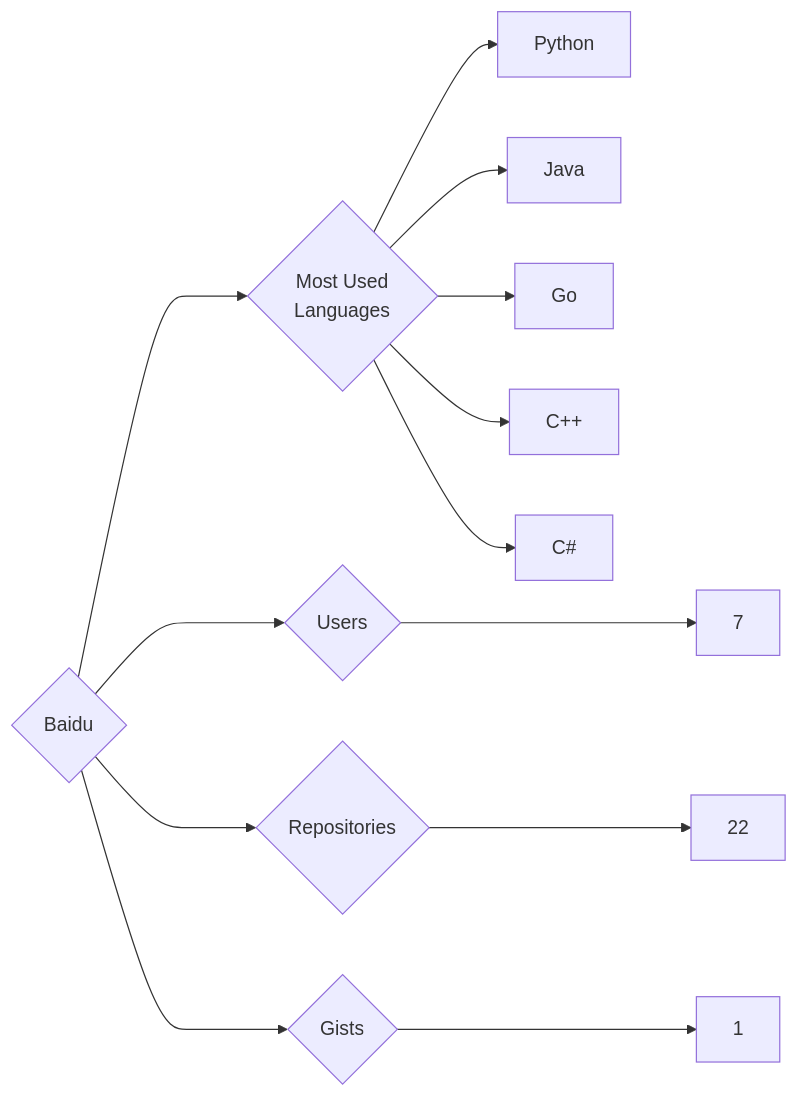
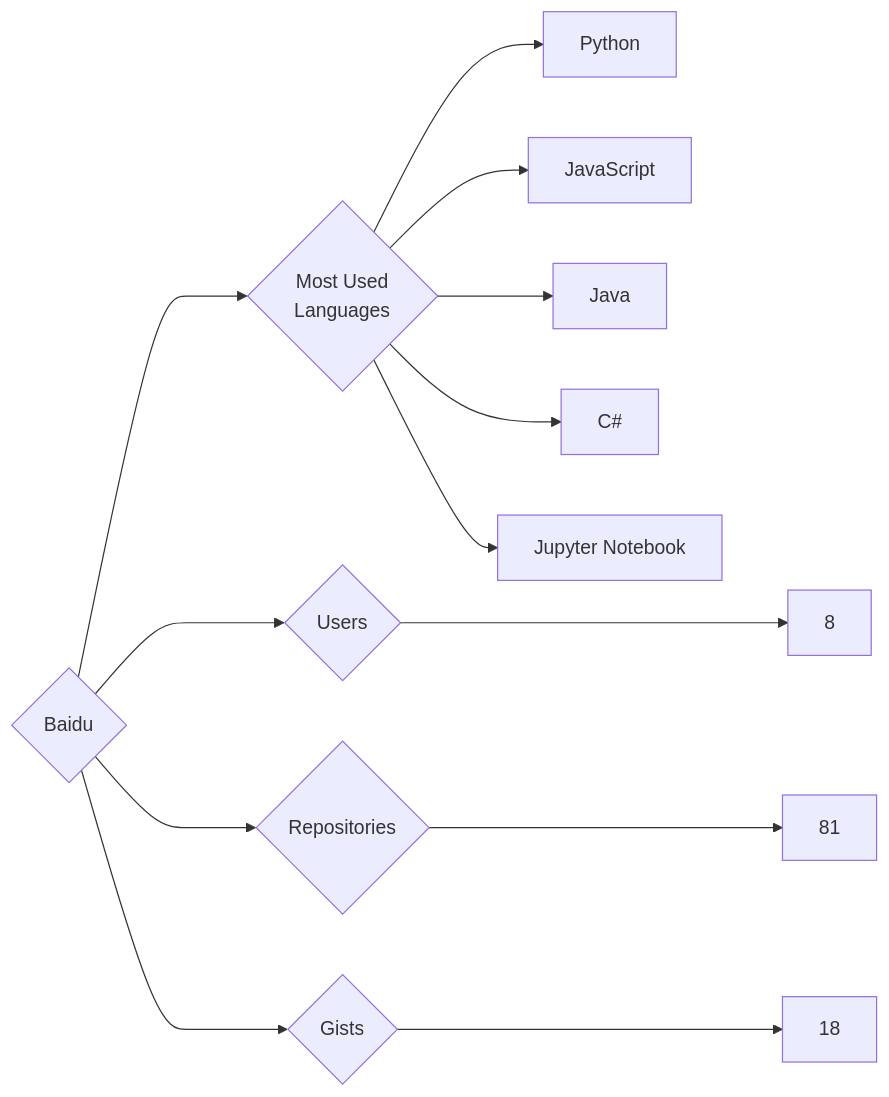
Before and after one commit to trickest/insiders: the diagram in targets/Baidu/README.md, drawn with Mermaid. The commit also changed 776 other files, not shown here.

````diff
--- a/targets/Baidu/README.md
+++ b/targets/Baidu/README.md
@@ -3,13 +3,13 @@
 ```mermaid
 graph LR
 COMPANY_NAME{Baidu}
-COMPANY_NAME ---> U{Users} ---> UN[7]
-COMPANY_NAME ---> R{Repositories} ---> RN[22]
-COMPANY_NAME ---> G{Gists} ---> GN[1]
+COMPANY_NAME ---> U{Users} ---> UN[8]
+COMPANY_NAME ---> R{Repositories} ---> RN[81]
+COMPANY_NAME ---> G{Gists} ---> GN[18]
 COMPANY_NAME ---> ML{Most Used<br>Languages}
 ML --> Python[Python]
+ML --> JavaScript[JavaScript]
 ML --> Java[Java]
-ML --> Go[Go]
-ML --> C++[C++]
 ML --> C#[C#]
+ML --> Jupyter_Notebook[Jupyter Notebook]
 ```
````
